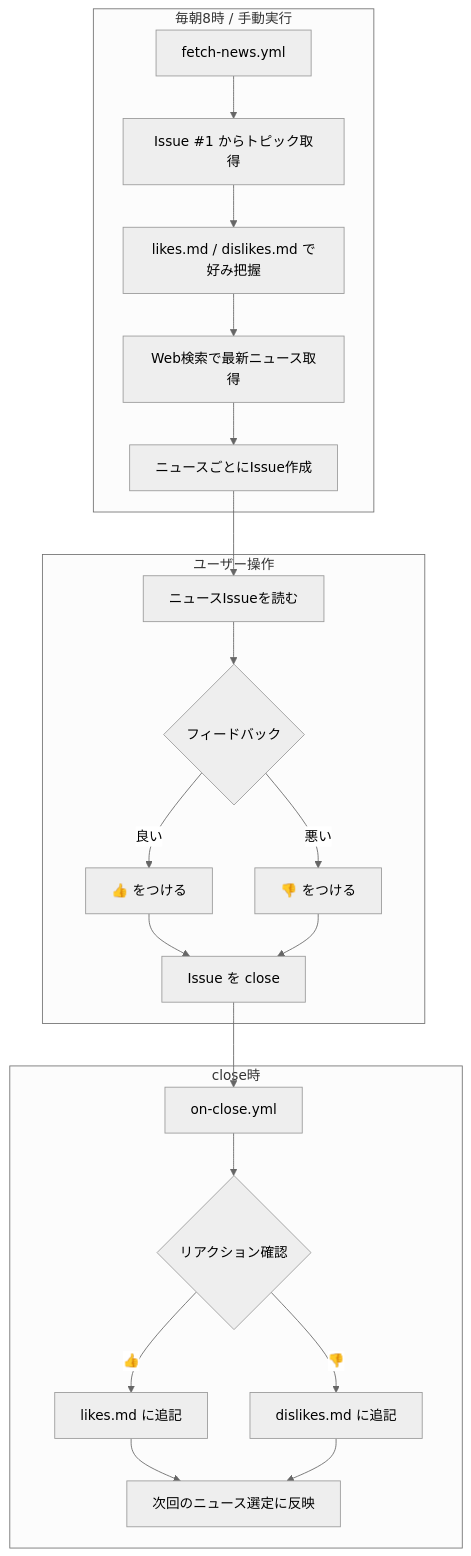
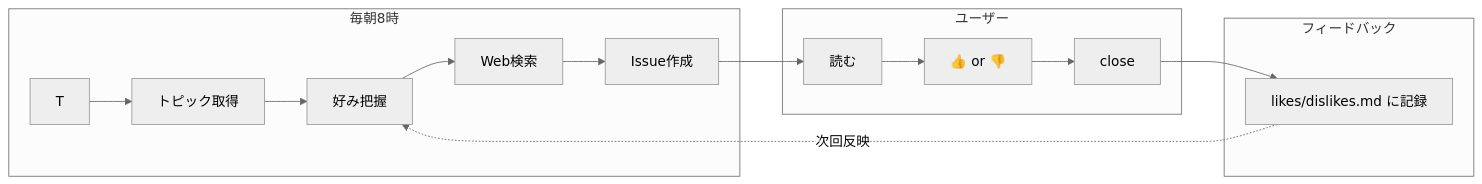
Before and after one commit to tachibanayu24/my-news-fetcher: the diagram in README.md, drawn with Mermaid (neutral theme).

````diff
--- a/README.md
+++ b/README.md
@@ -7,27 +7,16 @@
 ```mermaid
-flowchart TD
-    subgraph 毎朝8時 / 手動実行
-        A[fetch-news.yml] --> B[Issue #1 からトピック取得]
-        B --> C[likes.md / dislikes.md で好み把握]
-        C --> D[Web検索で最新ニュース取得]
-        D --> E[ニュースごとにIssue作成]
+flowchart LR
+    subgraph fetch[毎朝8時]
+        T --> A[トピック取得] --> B[好み把握] --> C[Web検索] --> D[Issue作成]
     end
 
-    subgraph ユーザー操作
-        E --> F[ニュースIssueを読む]
-        F --> G{フィードバック}
-        G -->|良い| H[👍 をつける]
-        G -->|悪い| I[👎 をつける]
-        H --> J[Issue を close]
-        I --> J
+    subgraph user[ユーザー]
+        D --> E[読む] --> F[👍 or 👎] --> G[close]
     end
 
-    subgraph close時
-        J --> K[on-close.yml]
-        K --> L{リアクション確認}
-        L -->|👍| M[likes.md に追記]
-        L -->|👎| N[dislikes.md に追記]
-        M --> O[次回のニュース選定に反映]
-        N --> O
+    subgraph feedback[フィードバック]
+        G --> H[likes/dislikes.md に記録]
     end
+
+    H -.->|次回反映| B
 ```
````
